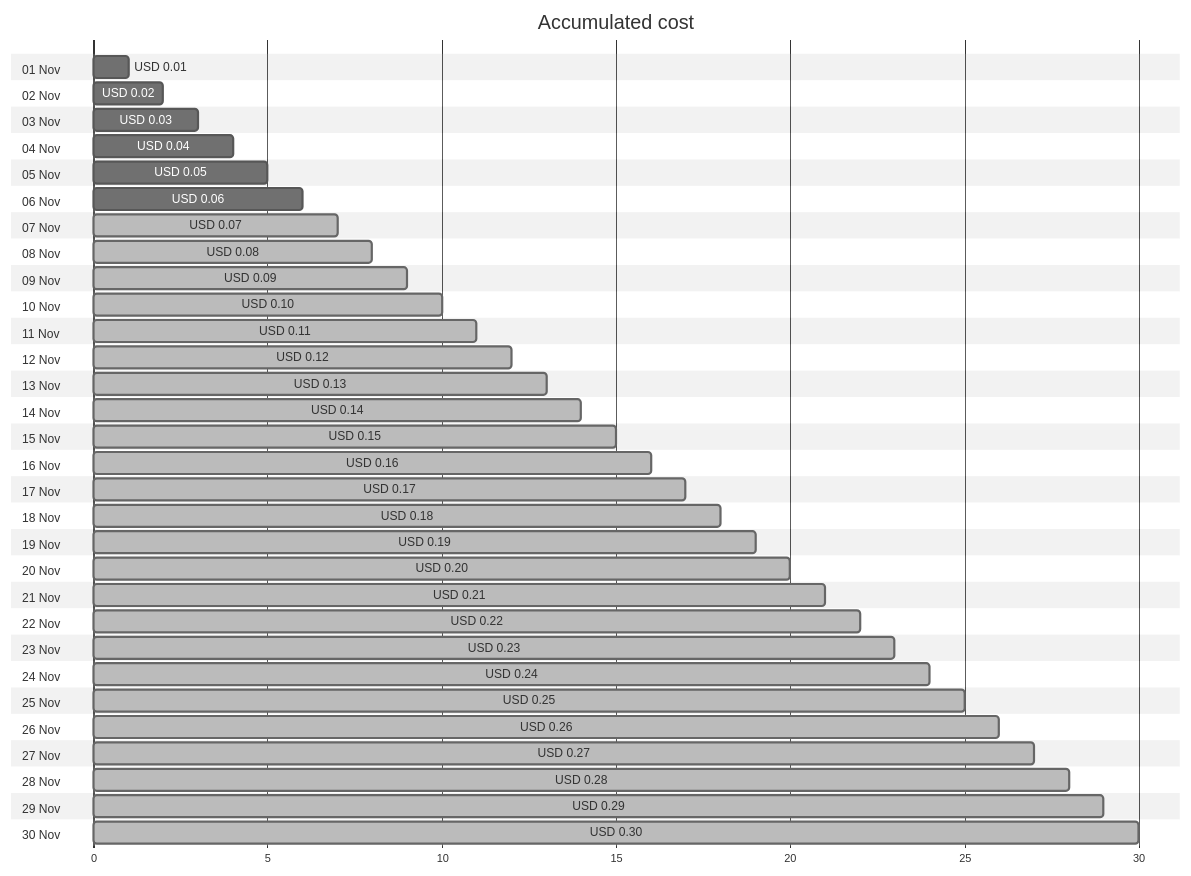
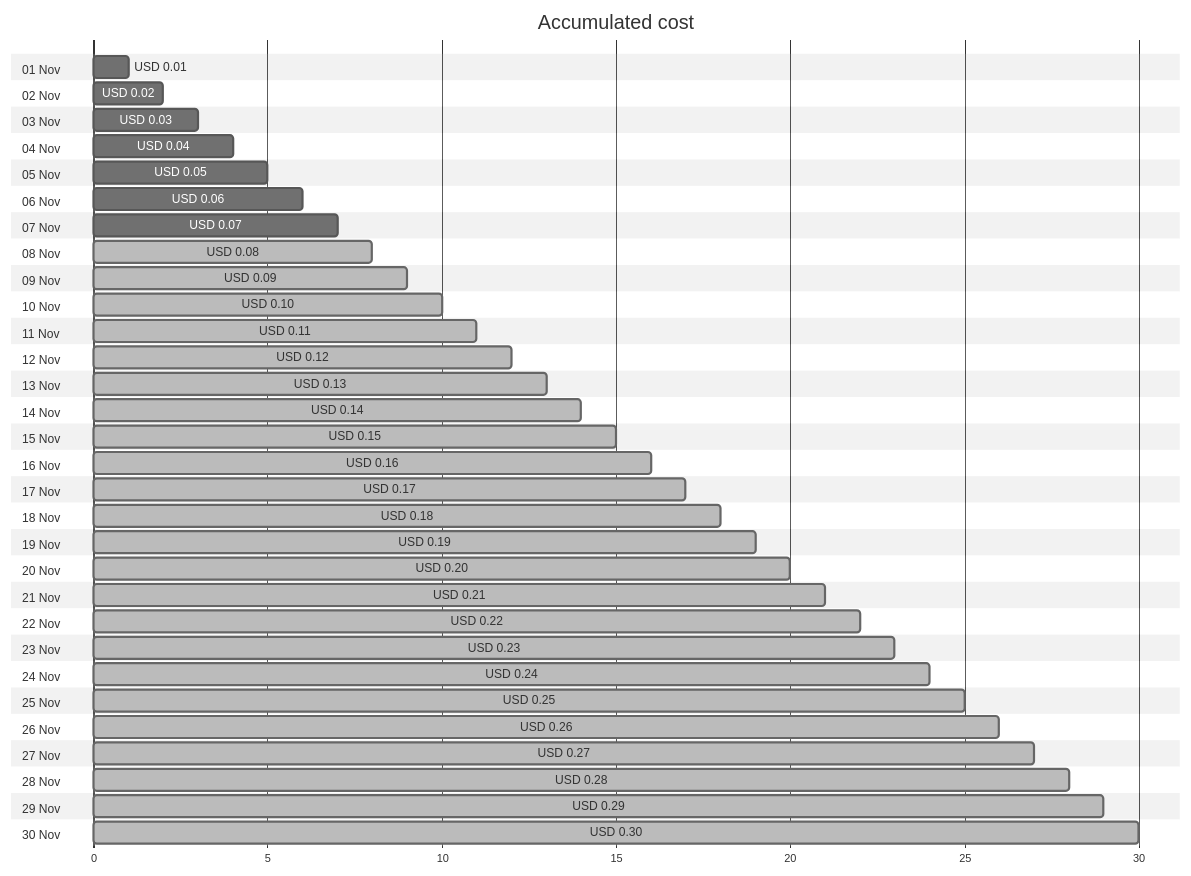
One commit to jpfulton/azure-personal-reports changed the first of 4 diagrams in cost-reports/cloud-shell-storage-eastus/README.md. Above: the diagram before and after it, drawn with Mermaid (neutral theme). The commit also changed other lines of this file and 1 other file, not shown here.

````diff
--- a/cost-reports/cloud-shell-storage-eastus/README.md
+++ b/cost-reports/cloud-shell-storage-eastus/README.md
@@ -20,66 +20,66 @@
 ```mermaid
 gantt
    title Accumulated cost
    dateFormat  X
    axisFormat %s
    section 01 Nov
    USD 0.01 :0, 1
    section 02 Nov
    USD 0.02 :0, 2
    section 03 Nov
    USD 0.03 :0, 3
    section 04 Nov
    USD 0.04 :0, 4
    section 05 Nov
    USD 0.05 :0, 5
    section 06 Nov
    USD 0.06 :0, 6
    section 07 Nov
-   USD 0.07 : done, 0, 7
+   USD 0.07 :0, 7
    section 08 Nov
    USD 0.08 : done, 0, 8
    section 09 Nov
    USD 0.09 : done, 0, 9
    section 10 Nov
    USD 0.10 : done, 0, 10
    section 11 Nov
    USD 0.11 : done, 0, 11
    section 12 Nov
    USD 0.12 : done, 0, 12
    section 13 Nov
    USD 0.13 : done, 0, 13
    section 14 Nov
    USD 0.14 : done, 0, 14
    section 15 Nov
    USD 0.15 : done, 0, 15
    section 16 Nov
    USD 0.16 : done, 0, 16
    section 17 Nov
    USD 0.17 : done, 0, 17
    section 18 Nov
    USD 0.18 : done, 0, 18
    section 19 Nov
    USD 0.19 : done, 0, 19
    section 20 Nov
    USD 0.20 : done, 0, 20
    section 21 Nov
    USD 0.21 : done, 0, 21
    section 22 Nov
    USD 0.22 : done, 0, 22
    section 23 Nov
    USD 0.23 : done, 0, 23
    section 24 Nov
    USD 0.24 : done, 0, 24
    section 25 Nov
    USD 0.25 : done, 0, 25
    section 26 Nov
    USD 0.26 : done, 0, 26
    section 27 Nov
    USD 0.27 : done, 0, 27
    section 28 Nov
    USD 0.28 : done, 0, 28
    section 29 Nov
    USD 0.29 : done, 0, 29
    section 30 Nov
    USD 0.30 : done, 0, 30
 ```
````
